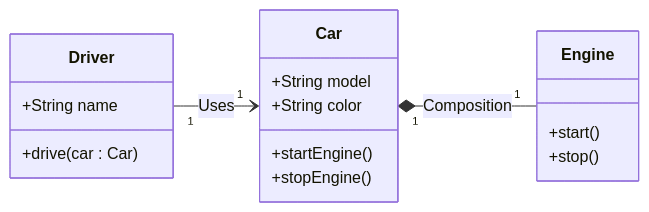
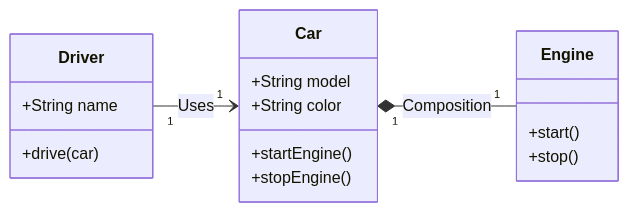
The sixth of 8 diagrams in posts/oop_design.md (ismaelpamplona/isma.codes), drawn with Mermaid before and after one commit. The commit also changed other lines of this file, not shown here.

Commit message:
(up) Issue #fix_mermaid_issues.

````diff
--- a/posts/oop_design.md
+++ b/posts/oop_design.md
@@ -1599,23 +1581,14 @@
-```mermaid
+<pre class="mermaid" style="display: flex; justify-content: center;">
 classDiagram
     direction LR
-    class Car {
-        +String model
-        +String color
-        +startEngine()
-        +stopEngine()
-    }
-
-    class Engine {
-        +start()
-        +stop()
-    }
-
-    class Driver {
-        +String name
-        +drive(car : Car)
-    }
-
     Car "1" *-- "1" Engine : Composition
     Driver "1" --> "1" Car : Uses
-```
+    Car : +String model
+    Car : +String color
+    Car : +startEngine()
+    Car : +stopEngine()
+    Engine : +start()
+    Engine : +stop()
+    Driver : +String name
+    Driver : +drive(car)
+</pre>
````
